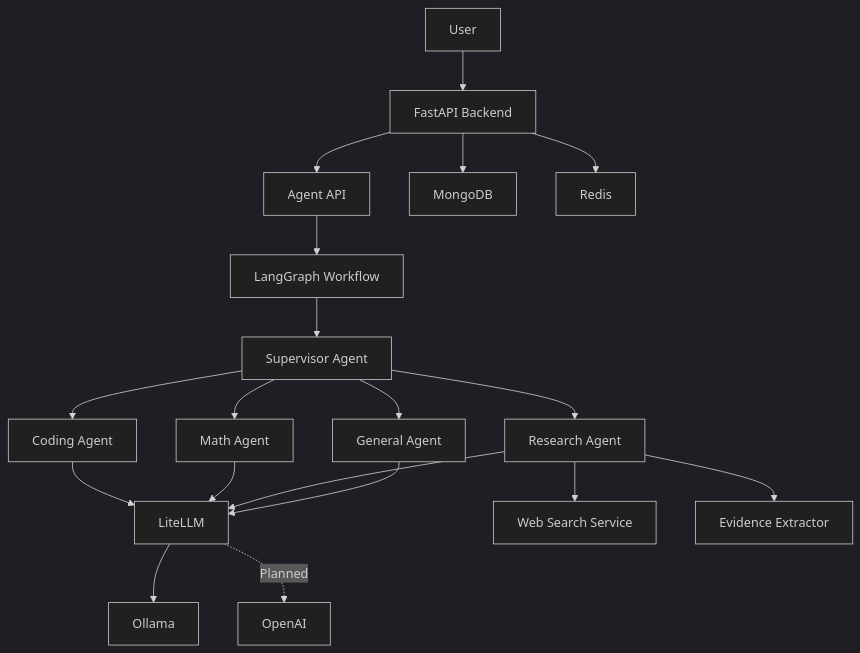
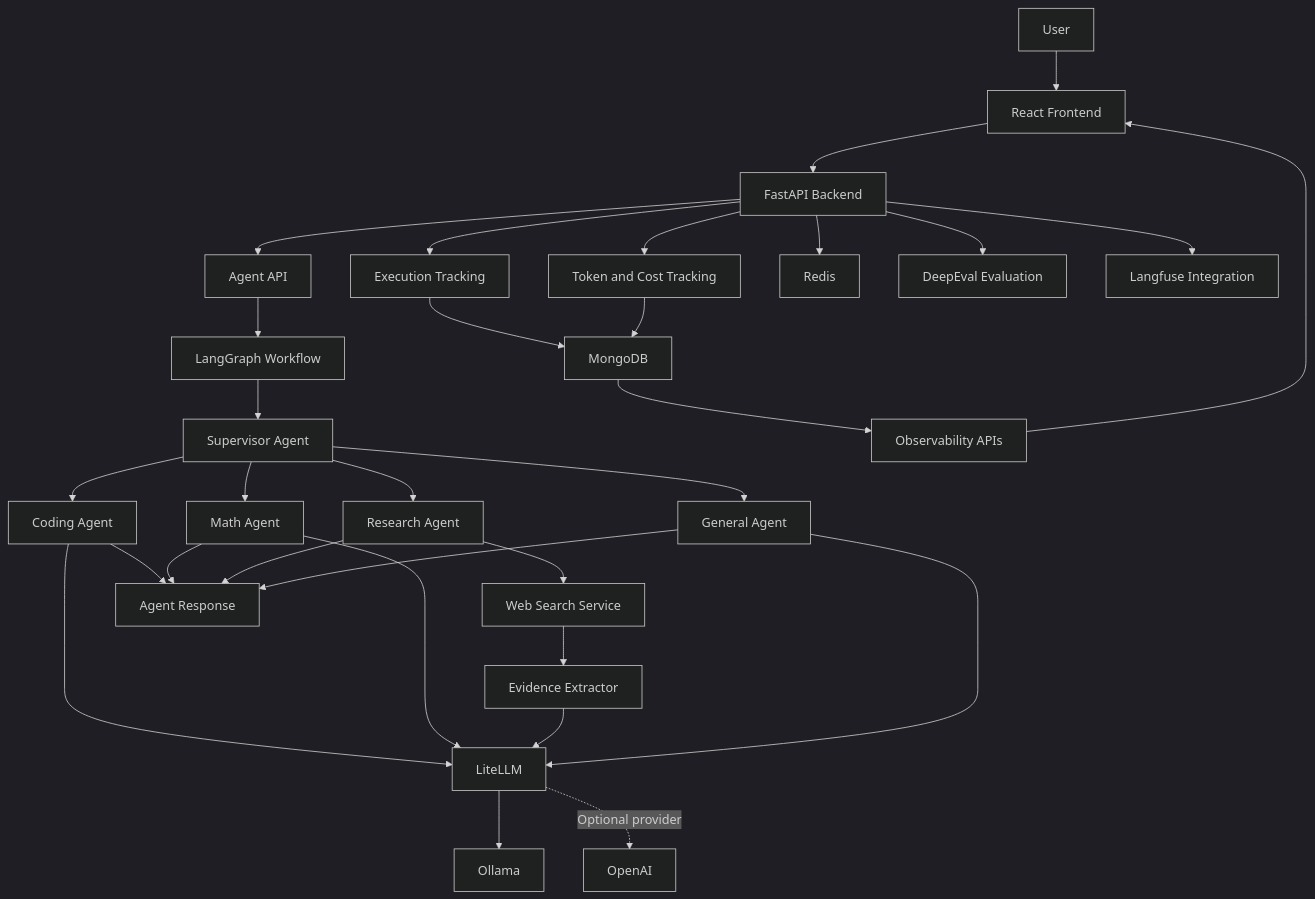
The diagram in README.md (Pooesh/intelligent-agent-platform), drawn with Mermaid (dark theme) before and after one commit. The commit also changed other lines of this file and 43 other files, not shown here.

Commit message:
feat: add multi-agent observability dashboard

````diff
--- a/README.md
+++ b/README.md
@@ -35,25 +35,41 @@
 ```mermaid
 flowchart TD
-    A[User] --> B[FastAPI Backend]
-    B --> C[Agent API]
-    C --> D[LangGraph Workflow]
-    D --> E[Supervisor Agent]
+    A[User] --> B[React Frontend]
+    B --> C[FastAPI Backend]
 
-    E --> F[Coding Agent]
-    E --> G[Math Agent]
-    E --> H[Research Agent]
-    E --> I[General Agent]
+    C --> D[Agent API]
+    D --> E[LangGraph Workflow]
+    E --> F[Supervisor Agent]
 
-    F --> J[LiteLLM]
-    G --> J
-    H --> K[Web Search Service]
-    H --> L[Evidence Extractor]
-    H --> J
-    I --> J
+    F --> G[Coding Agent]
+    F --> H[Math Agent]
+    F --> I[Research Agent]
+    F --> J[General Agent]
 
-    J --> M[Ollama]
-    J -. Planned .-> N[OpenAI]
+    G --> K[LiteLLM]
+    H --> K
+    I --> L[Web Search Service]
+    L --> M[Evidence Extractor]
+    M --> K
+    J --> K
 
-    B --> O[MongoDB]
-    B --> P[Redis]
+    K --> N[Ollama]
+    K -. Optional provider .-> O[OpenAI]
+
+    G --> P[Agent Response]
+    H --> P
+    I --> P
+    J --> P
+
+    C --> Q[Execution Tracking]
+    C --> R[Token and Cost Tracking]
+    Q --> S[MongoDB]
+    R --> S
+
+    S --> T[Observability APIs]
+    T --> B
+
+    C --> U[Redis]
+    C --> V[DeepEval Evaluation]
+    C --> W[Langfuse Integration]
 ```
````
